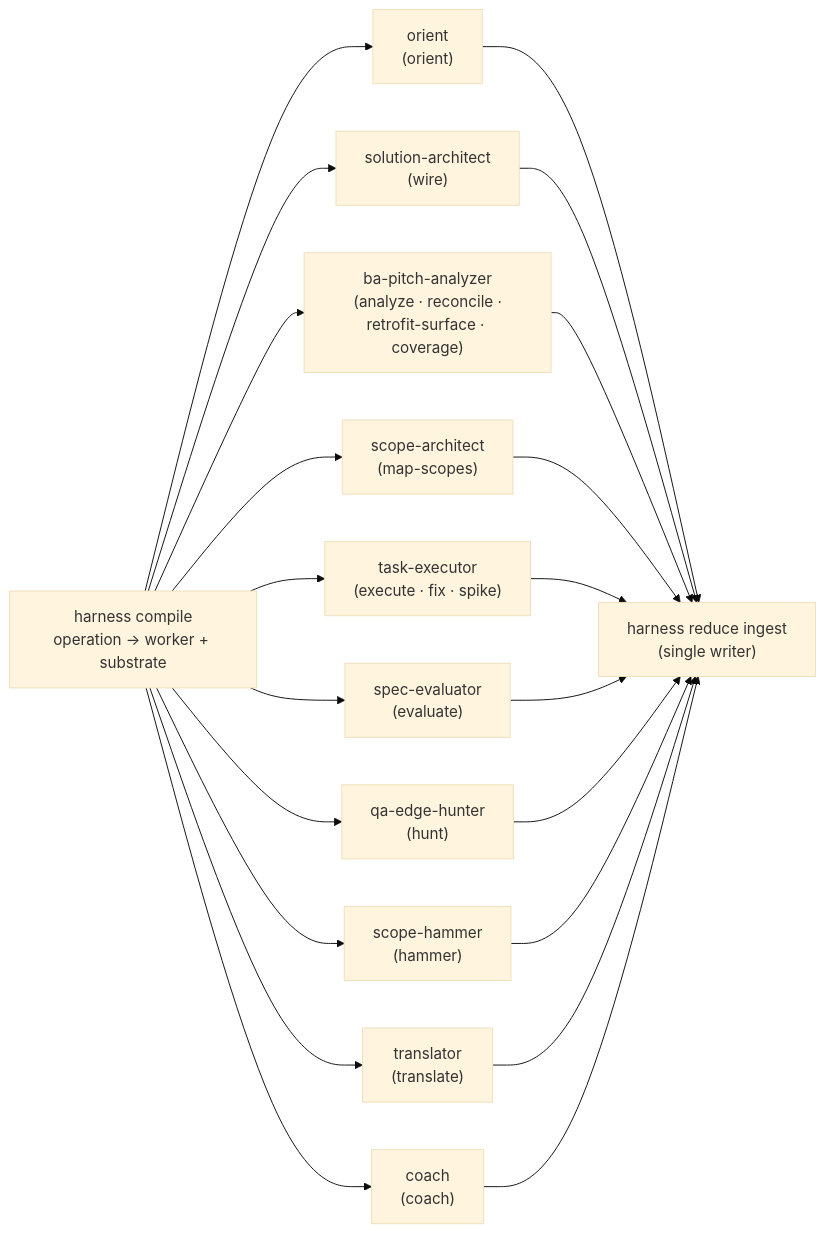
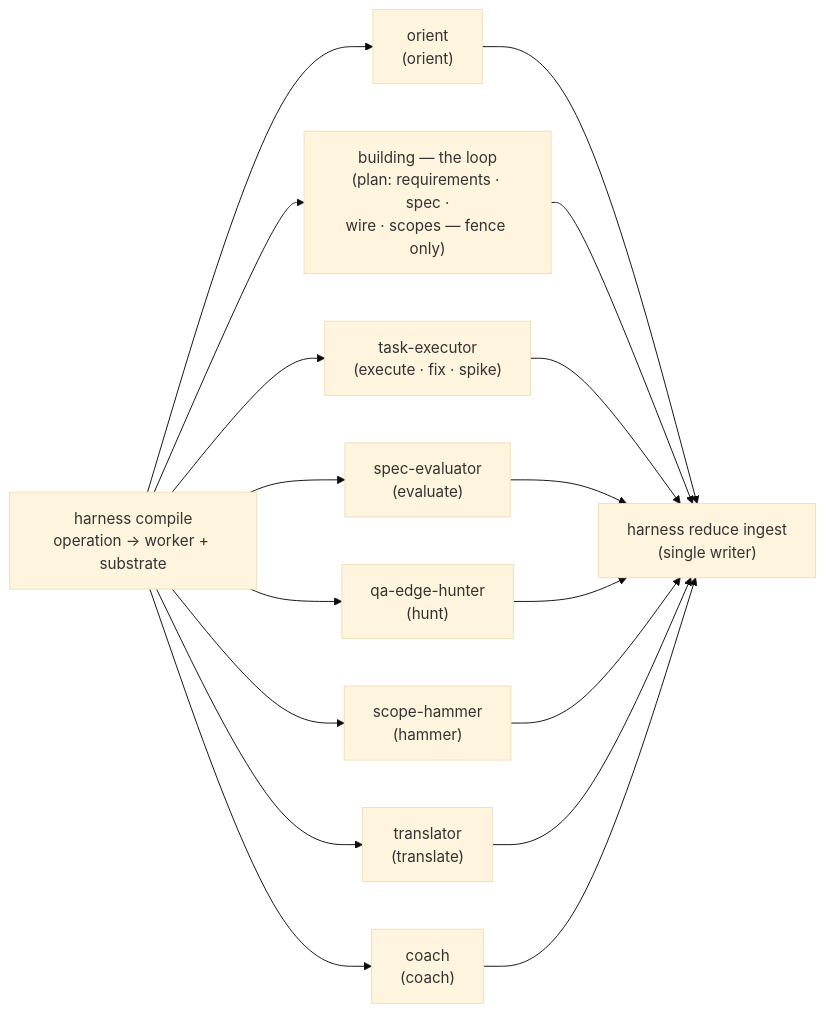
One commit to nguyenvanphituoc/shapeup-sdlc-plugin changed the second of 3 diagrams in docs/design/03-system-design.md. Above: the diagram before and after it, drawn with Mermaid (base theme). The commit also changed other lines of this file and 100 other files, not shown here.

````diff
--- a/docs/design/03-system-design.md
+++ b/docs/design/03-system-design.md
@@ -74,24 +74,20 @@
 ```mermaid
 graph LR
     CO["harness compile<br/>operation → worker + substrate"]
     CO --> ORI["orient<br/>(orient)"]
-    CO --> SA["solution-architect<br/>(wire)"]
-    CO --> BA["ba-pitch-analyzer<br/>(analyze · reconcile ·<br/>retrofit-surface · coverage)"]
-    CO --> SC["scope-architect<br/>(map-scopes)"]
+    CO --> PL["building — the loop<br/>(plan: requirements · spec ·<br/>wire · scopes — fence only)"]
     CO --> TE["task-executor<br/>(execute · fix · spike)"]
     CO --> SE["spec-evaluator<br/>(evaluate)"]
     CO --> QA["qa-edge-hunter<br/>(hunt)"]
     CO --> SH["scope-hammer<br/>(hammer)"]
     CO --> TR["translator<br/>(translate)"]
     CO --> CH["coach<br/>(coach)"]
     ORI --> IR["harness reduce ingest<br/>(single writer)"]
-    SA --> IR
-    BA --> IR
-    SC --> IR
+    PL --> IR
     TE --> IR
     SE --> IR
     QA --> IR
     SH --> IR
     TR --> IR
     CH --> IR
 ```
````
